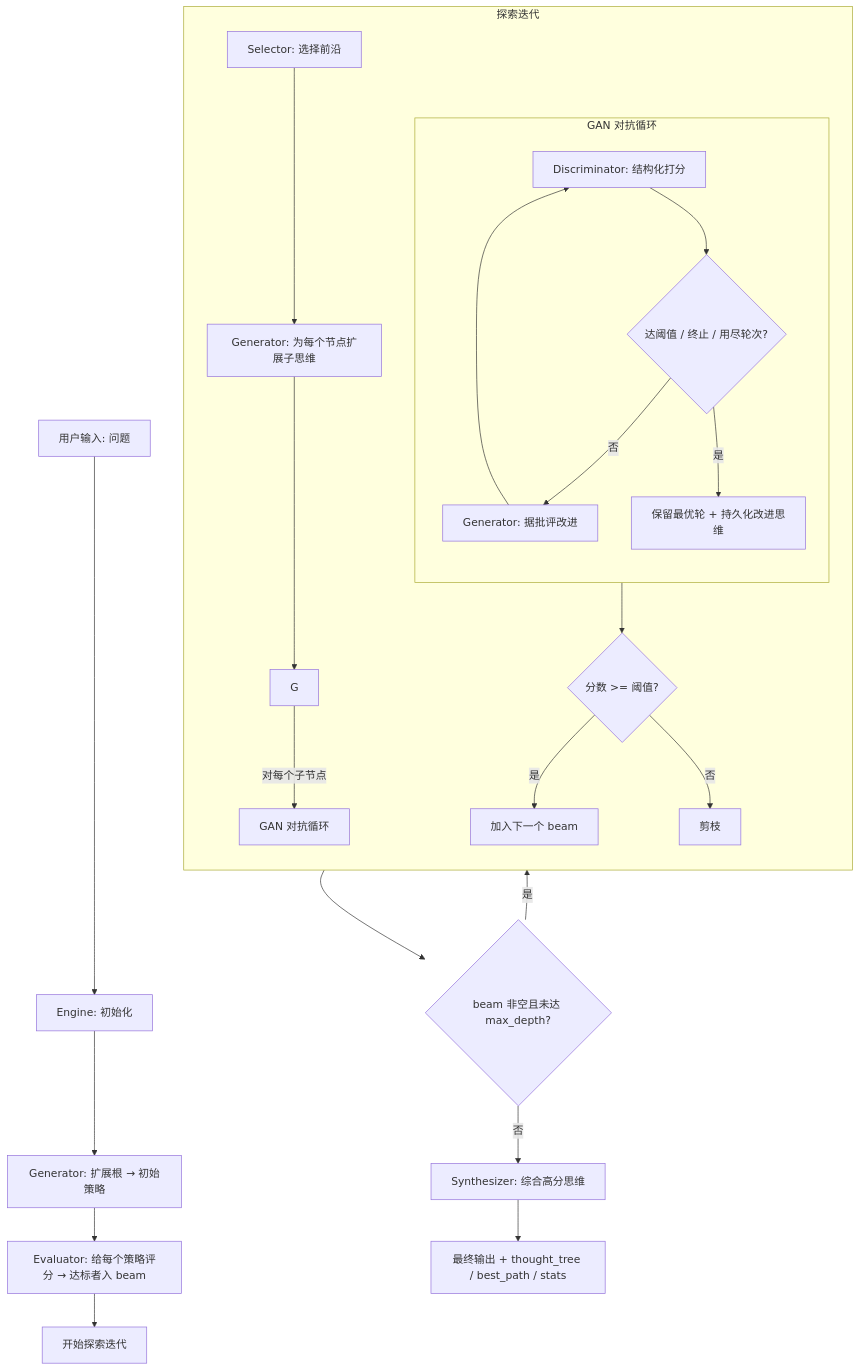
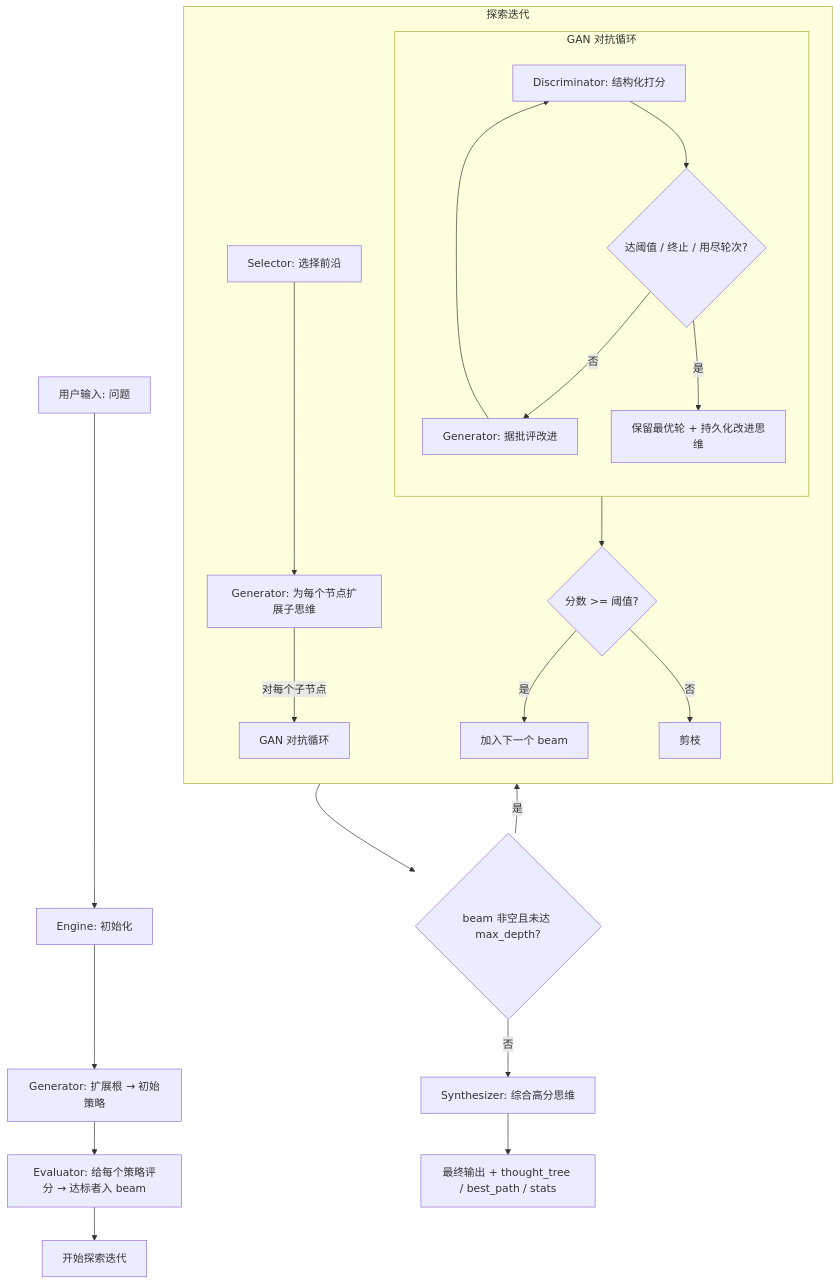
The diagram in README.zh-CN.md (FradSer/dialectica), drawn with Mermaid before and after one commit. The commit also changed other lines of this file and 1 other file, not shown here.

First line of the commit message:
docs: restructure readme and clarify engine flows

````diff
--- a/README.zh-CN.md
+++ b/README.zh-CN.md
@@ -147,30 +364,30 @@
 ```mermaid
 graph TD
     A[用户输入: 问题] --> B[Engine: 初始化];
     B --> C[Generator: 扩展根 → 初始策略];
     C --> D[Evaluator: 给每个策略评分 → 达标者入 beam];
     D --> E[开始探索迭代];
 
     subgraph 探索迭代
         direction TB
         E_Input[Selector: 选择前沿] --> F[Generator: 为每个节点扩展子思维];
-        F --> G -- 对每个子节点 --> H[GAN 对抗循环];
+        F -->|对每个子节点| H[GAN 对抗循环];
 
         subgraph GAN 对抗循环
             direction TB
             H1[Discriminator: 结构化打分] --> H2{达阈值 / 终止 / 用尽轮次?};
             H2 -- 否 --> H3[Generator: 据批评改进];
             H3 --> H1;
             H2 -- 是 --> H4[保留最优轮 + 持久化改进思维];
         end
 
         H4 --> J{分数 >= 阈值?};
         J -- 是 --> K[加入下一个 beam];
         J -- 否 --> L[剪枝];
     end
 
     K --> M{beam 非空且未达 max_depth?};
     M -- 是 --> E_Input;
     M -- 否 --> N[Synthesizer: 综合高分思维];
     N --> P[最终输出 + thought_tree / best_path / stats];
 ```
````
